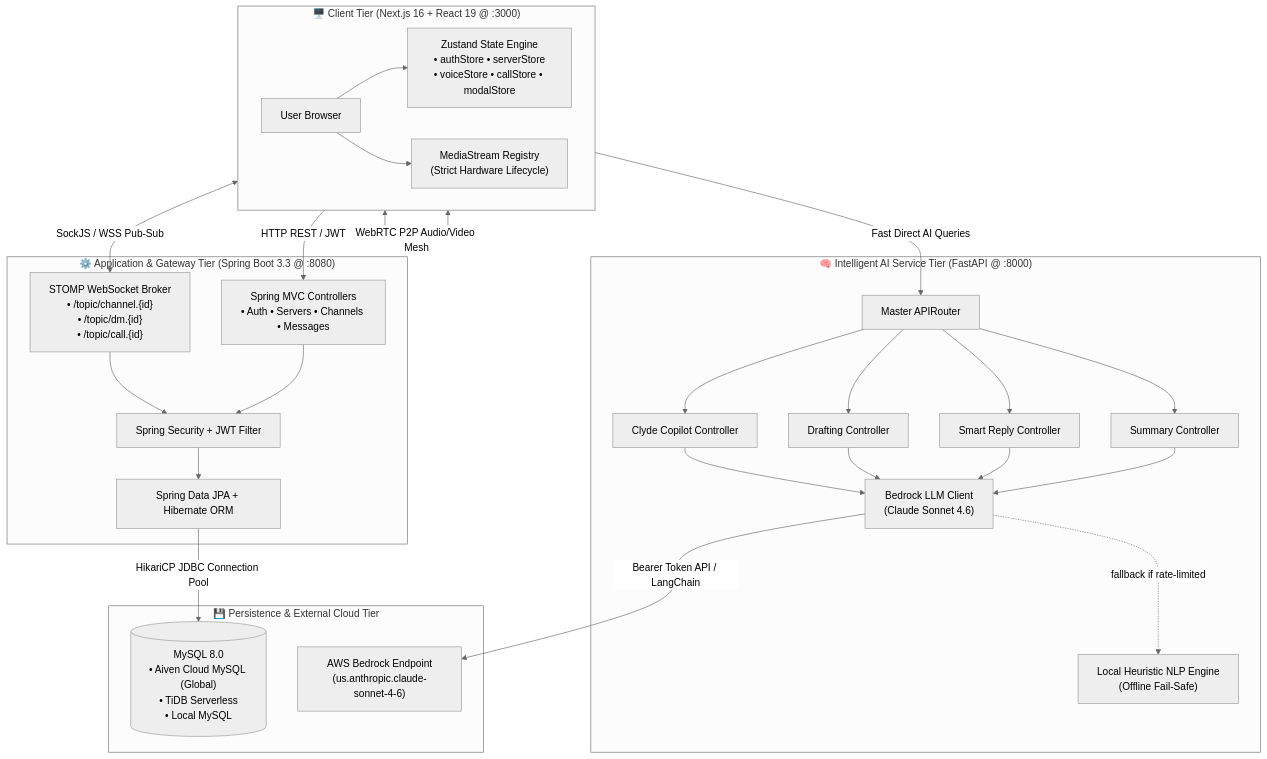
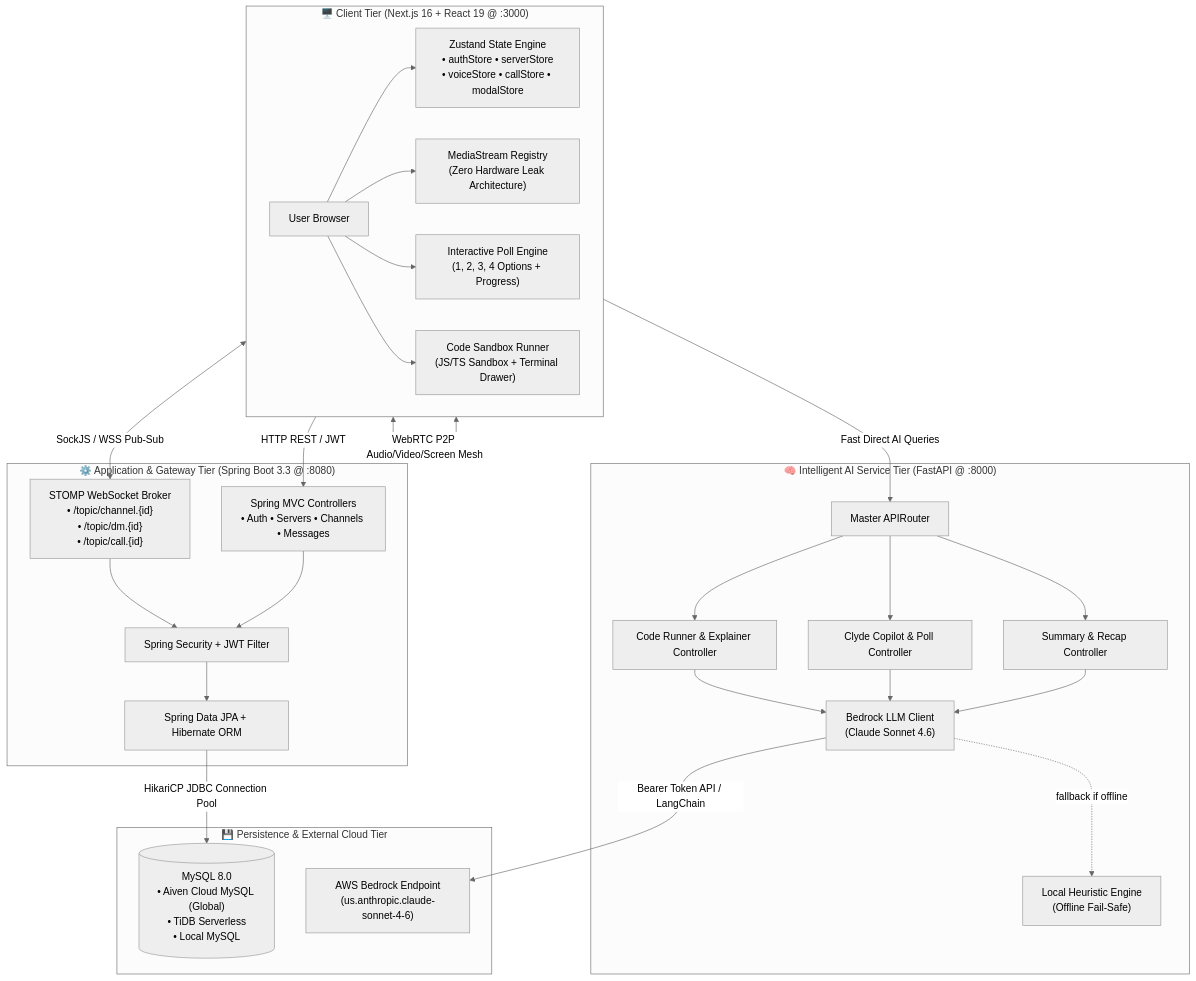
Before and after one commit to Priyojit02/Discord_AI: the first of 3 diagrams in README.md, drawn with Mermaid (neutral theme). The commit also changed other lines of this file and 4 other files, not shown here.

Commit message:
feat: add interactive 4-option Discord poll widget and update README documentation

````diff
--- a/README.md
+++ b/README.md
@@ -57,48 +71,51 @@
 ```mermaid
 flowchart TB
     subgraph ClientTier ["🖥️ Client Tier (Next.js 16 + React 19 @ :3000)"]
         Browser["User Browser"]
         Zustand["Zustand State Engine\n• authStore • serverStore\n• voiceStore • callStore • modalStore"]
-        MediaRegistry["MediaStream Registry\n(Strict Hardware Lifecycle)"]
+        MediaRegistry["MediaStream Registry\n(Zero Hardware Leak Architecture)"]
+        PollWidget["Interactive Poll Engine\n(1, 2, 3, 4 Options + Progress)"]
+        CodeRunner["Code Sandbox Runner\n(JS/TS Sandbox + Terminal Drawer)"]
+
         Browser --> Zustand
         Browser --> MediaRegistry
+        Browser --> PollWidget & CodeRunner
     end
 
     subgraph GatewayTier ["⚙️ Application & Gateway Tier (Spring Boot 3.3 @ :8080)"]
         REST_API["Spring MVC Controllers\n• Auth • Servers • Channels • Messages"]
         STOMP_Broker["STOMP WebSocket Broker\n• /topic/channel.{id}\n• /topic/dm.{id}\n• /topic/call.{id}"]
         Security["Spring Security + JWT Filter"]
         JPA["Spring Data JPA + Hibernate ORM"]
         REST_API --> Security --> JPA
         STOMP_Broker --> Security
     end
 
     subgraph AITier ["🧠 Intelligent AI Service Tier (FastAPI @ :8000)"]
         Router["Master APIRouter"]
-        C_Summarize["Summary Controller"]
-        C_Reply["Smart Reply Controller"]
-        C_Draft["Drafting Controller"]
-        C_Assistant["Clyde Copilot Controller"]
+        C_Summarize["Summary & Recap Controller"]
+        C_Assistant["Clyde Copilot & Poll Controller"]
+        C_Code["Code Runner & Explainer Controller"]
         S_Bedrock["Bedrock LLM Client\n(Claude Sonnet 4.6)"]
-        S_Fallback["Local Heuristic NLP Engine\n(Offline Fail-Safe)"]
+        S_Fallback["Local Heuristic Engine\n(Offline Fail-Safe)"]
 
-        Router --> C_Summarize & C_Reply & C_Draft & C_Assistant
-        C_Summarize & C_Reply & C_Draft & C_Assistant --> S_Bedrock
-        S_Bedrock -.->|fallback if rate-limited| S_Fallback
+        Router --> C_Summarize & C_Assistant & C_Code
+        C_Summarize & C_Assistant & C_Code --> S_Bedrock
+        S_Bedrock -.->|fallback if offline| S_Fallback
     end
 
     subgraph DataTier ["💾 Persistence & External Cloud Tier"]
         DB[("MySQL 8.0\n• Aiven Cloud MySQL (Global)\n• TiDB Serverless\n• Local MySQL")]
         BedrockCloud["AWS Bedrock Endpoint\n(us.anthropic.claude-sonnet-4-6)"]
     end
 
     %% Client Interactions
     ClientTier -->|HTTP REST / JWT| REST_API
     ClientTier <-->|SockJS / WSS Pub-Sub| STOMP_Broker
     ClientTier -->|Fast Direct AI Queries| Router
-    ClientTier <-->|WebRTC P2P Audio/Video Mesh| ClientTier
+    ClientTier <-->|WebRTC P2P Audio/Video/Screen Mesh| ClientTier
 
     %% Backend & AI Integrations
     JPA -->|HikariCP JDBC Connection Pool| DB
     S_Bedrock -->|Bearer Token API / LangChain| BedrockCloud
 ```
````
